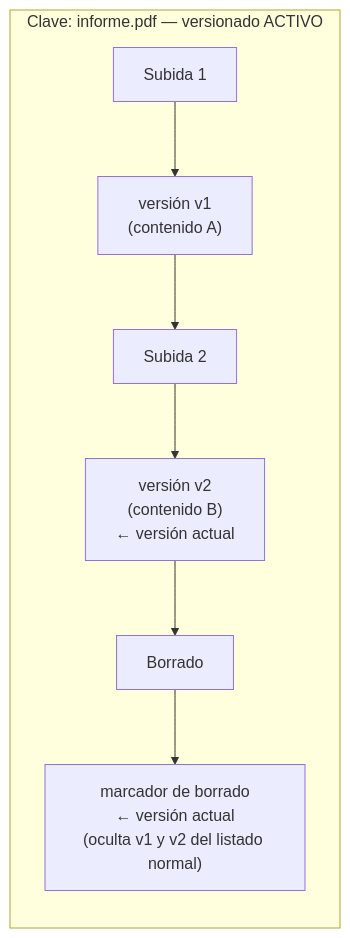
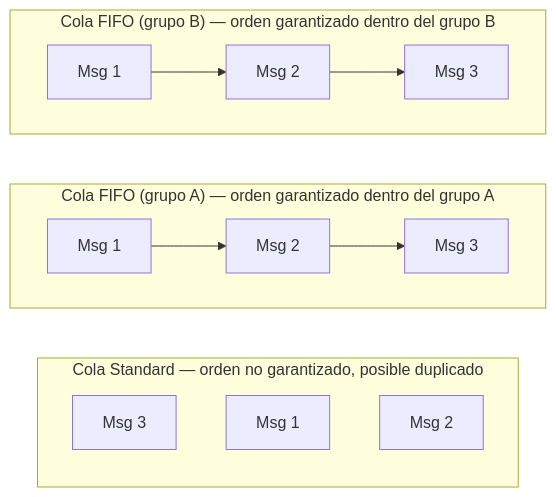
Before and after one commit to NICORUIZ93/The_Imperial_Book: the eighth of 8 diagrams in web/public/content/cloud/modulo-2.md, drawn with Mermaid. The commit also changed other lines of this file and 305 other files, not shown here.

````diff
--- a/web/public/content/cloud/modulo-2.md
+++ b/web/public/content/cloud/modulo-2.md
@@ -178,8 +211,16 @@
 ```mermaid
 flowchart LR
-    subgraph K["Clave: informe.pdf — versionado ACTIVO"]
-        S1["Subida 1"] --> V1["versión v1\n(contenido A)"]
-        V1 --> S2["Subida 2"] --> V2["versión v2\n(contenido B)\n← versión actual"]
-        V2 --> BR["Borrado"] --> DM["marcador de borrado\n← versión actual\n(oculta v1 y v2 del listado normal)"]
+    subgraph STD["Cola Standard — orden no garantizado, posible duplicado"]
+        S1["Msg 3"]
+        S2["Msg 1"]
+        S3["Msg 2"]
+    end
+    subgraph FA["Cola FIFO (grupo A) — orden garantizado dentro del grupo A"]
+        direction LR
+        A1["Msg 1"] --> A2["Msg 2"] --> A3["Msg 3"]
+    end
+    subgraph FB["Cola FIFO (grupo B) — orden garantizado dentro del grupo B"]
+        direction LR
+        B1["Msg 1"] --> B2["Msg 2"] --> B3["Msg 3"]
     end
 ```
````
